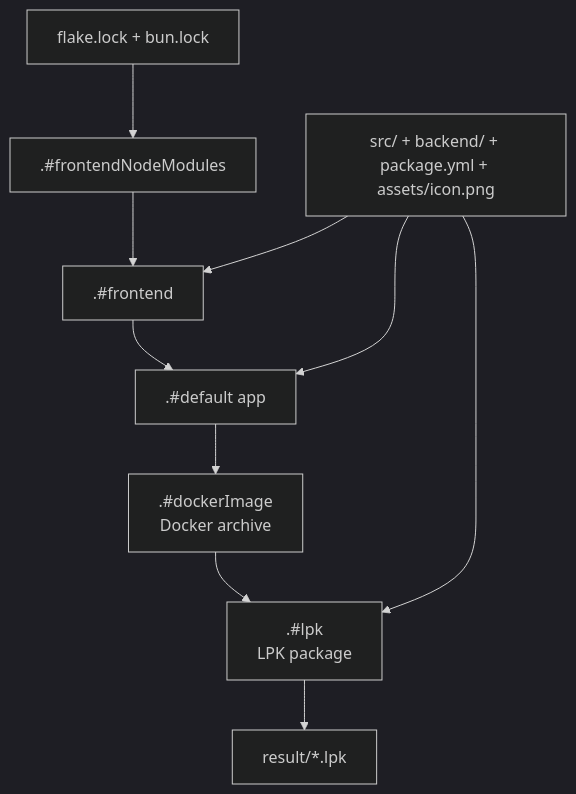
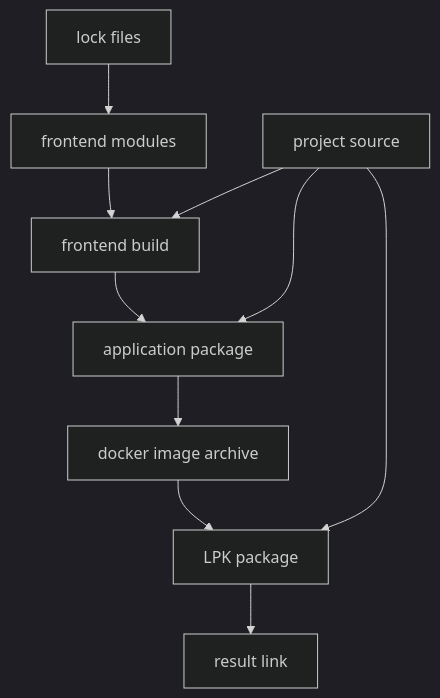
One commit to zerokaze420/zerokaze_blog_sveltekit changed the first of 8 diagrams in src/lib/posts/nix-remote-build.md. Above: the diagram before and after it, drawn with Mermaid (dark theme). The commit also changed other lines of this file and 2 other files, not shown here.

Commit message:
Add post table of contents and fix Mermaid rendering

````diff
--- a/src/lib/posts/nix-remote-build.md
+++ b/src/lib/posts/nix-remote-build.md
@@ -19,12 +19,12 @@
 ```mermaid
 flowchart TD
-  lock["flake.lock + bun.lock"] --> modules[".#frontendNodeModules"]
-  source["src/ + backend/ + package.yml + assets/icon.png"] --> frontend[".#frontend"]
+  lock["lock files"] --> modules["frontend modules"]
+  source["project source"] --> frontend["frontend build"]
   modules --> frontend
-  frontend --> app[".#default app"]
+  frontend --> app["application package"]
   source --> app
-  app --> image[".#dockerImage\nDocker archive"]
-  image --> lpk[".#lpk\nLPK package"]
+  app --> image["docker image archive"]
+  image --> lpk["LPK package"]
   source --> lpk
-  lpk --> result["result/*.lpk"]
+  lpk --> result["result link"]
 ```
````
